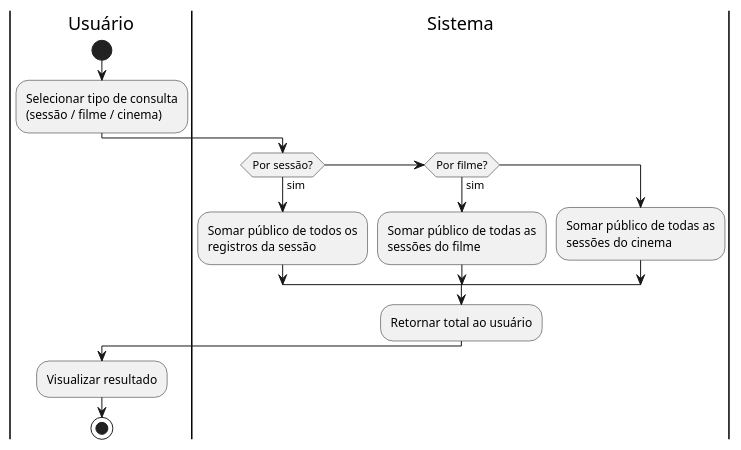
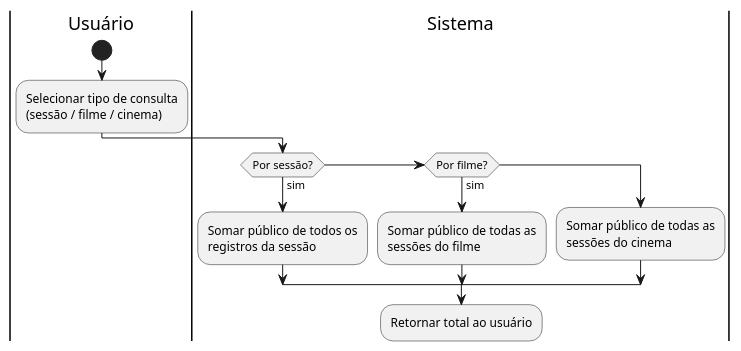
The third of 3 diagrams in docs/diagramas-atividade.md (Donadell0/sistema-rede-cinemas), drawn with PlantUML before and after one commit. The commit also changed other lines of this file, not shown here.

````diff
--- a/docs/diagramas-atividade.md
+++ b/docs/diagramas-atividade.md
@@ -83,22 +86,19 @@
 ```plantuml
 @startuml
 |Usuário|
 start
 :Selecionar tipo de consulta\n(sessão / filme / cinema);
 
 |Sistema|
 if (Por sessão?) then (sim)
   :Somar público de todos os\nregistros da sessão;
 else if (Por filme?) then (sim)
   :Somar público de todas as\nsessões do filme;
 else
   :Somar público de todas as\nsessões do cinema;
 endif
 
 :Retornar total ao usuário;
 
 |Usuário|
-:Visualizar resultado;
-stop
-@enduml
 ```
````
